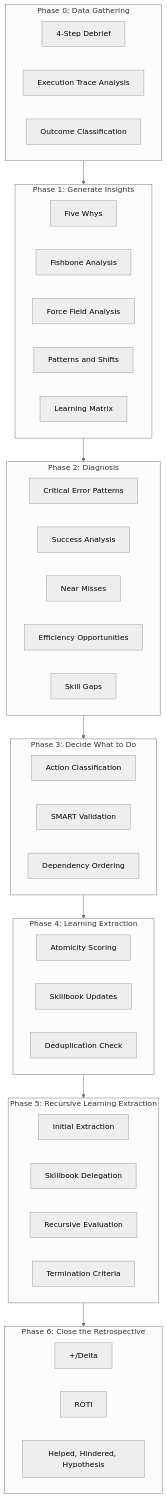
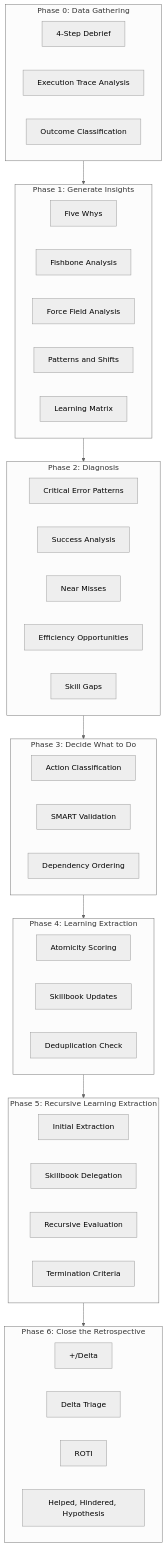
The first of 2 diagrams in src/copilot-cli/retrospective.agent.md (rjmurillo/ai-agents), drawn with Mermaid (neutral theme) before and after one commit. The commit also changed other lines of this file and 5 other files, not shown here.

````diff
--- a/src/copilot-cli/retrospective.agent.md
+++ b/src/copilot-cli/retrospective.agent.md
@@ -60,51 +60,52 @@
 ```mermaid
 flowchart TB
     subgraph P0["Phase 0: Data Gathering"]
         P0A[4-Step Debrief]
         P0B[Execution Trace Analysis]
         P0C[Outcome Classification]
     end
 
     subgraph P1["Phase 1: Generate Insights"]
         P1A[Five Whys]
         P1B[Fishbone Analysis]
         P1C[Force Field Analysis]
         P1D[Patterns and Shifts]
         P1E[Learning Matrix]
     end
 
     subgraph P2["Phase 2: Diagnosis"]
         P2A[Critical Error Patterns]
         P2B[Success Analysis]
         P2C[Near Misses]
         P2D[Efficiency Opportunities]
         P2E[Skill Gaps]
     end
 
     subgraph P3["Phase 3: Decide What to Do"]
         P3A[Action Classification]
         P3B[SMART Validation]
         P3C[Dependency Ordering]
     end
 
     subgraph P4["Phase 4: Learning Extraction"]
         P4A[Atomicity Scoring]
         P4B[Skillbook Updates]
         P4C[Deduplication Check]
     end
 
     subgraph P5["Phase 5: Recursive Learning Extraction"]
         P5A[Initial Extraction]
         P5B[Skillbook Delegation]
         P5C[Recursive Evaluation]
         P5D[Termination Criteria]
     end
 
     subgraph P6["Phase 6: Close the Retrospective"]
         P6A[+/Delta]
-        P6B[ROTI]
-        P6C[Helped, Hindered, Hypothesis]
+        P6B[Delta Triage]
+        P6C[ROTI]
+        P6D[Helped, Hindered, Hypothesis]
     end
 
     P0 --> P1 --> P2 --> P3 --> P4 --> P5 --> P6
 ```
````
